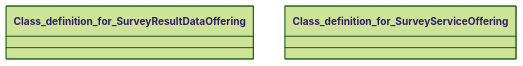
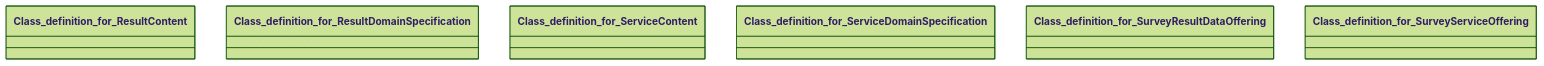
The diagram in artifacts/survey/PROPERTIES.md (GAIA-X4PLC-AAD/ontology-management-base), drawn with Mermaid (forest theme) before and after one commit. The commit also changed other lines of this file and 95 other files, not shown here.

First line of the commit message:
feat(ontology): GX 25.11 wrapper architecture, domain compliance & ve… (#175)

````diff
--- a/artifacts/survey/PROPERTIES.md
+++ b/artifacts/survey/PROPERTIES.md
@@ -5,5 +5,9 @@
 ```mermaid
 classDiagram
+class Class_definition_for_ResultContent
+class Class_definition_for_ResultDomainSpecification
+class Class_definition_for_ServiceContent
+class Class_definition_for_ServiceDomainSpecification
 class Class_definition_for_SurveyResultDataOffering
 class Class_definition_for_SurveyServiceOffering
 ```
````
